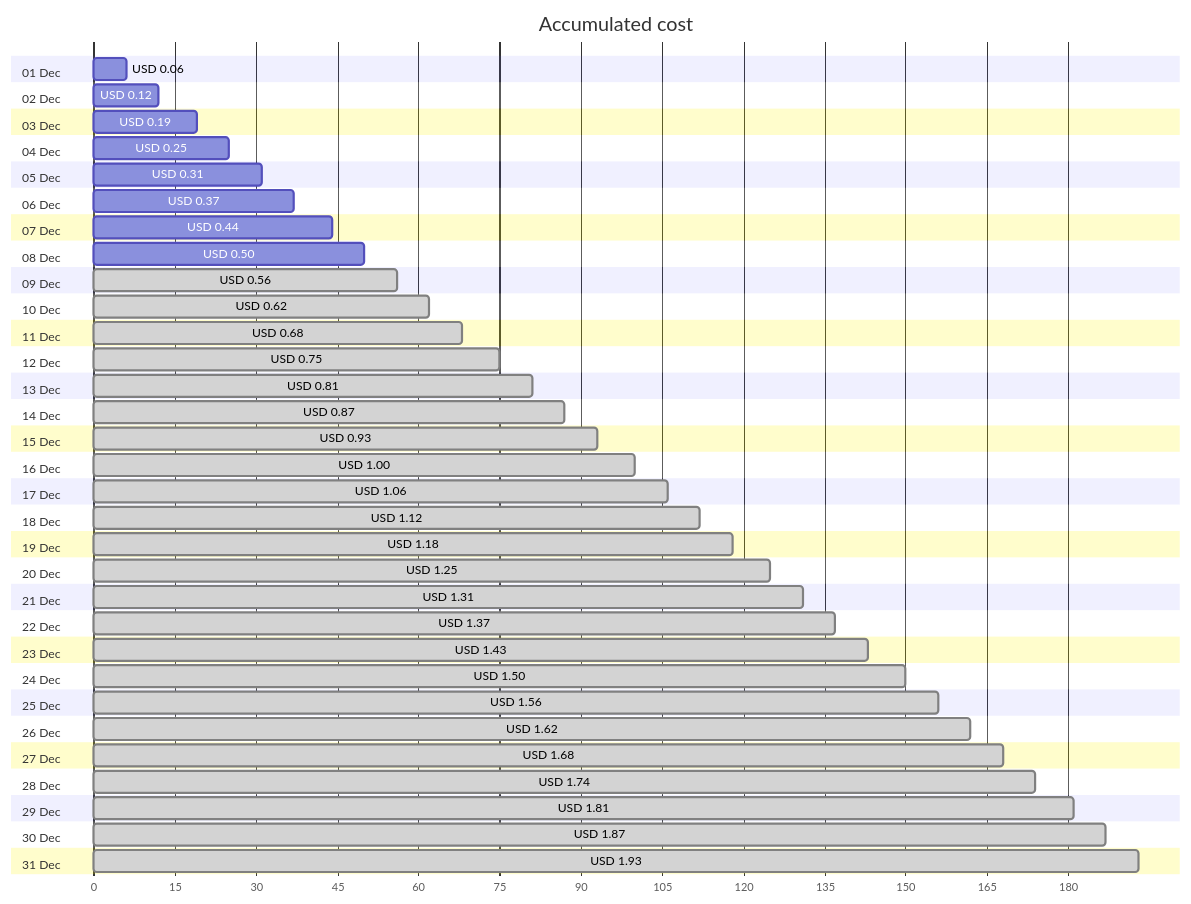
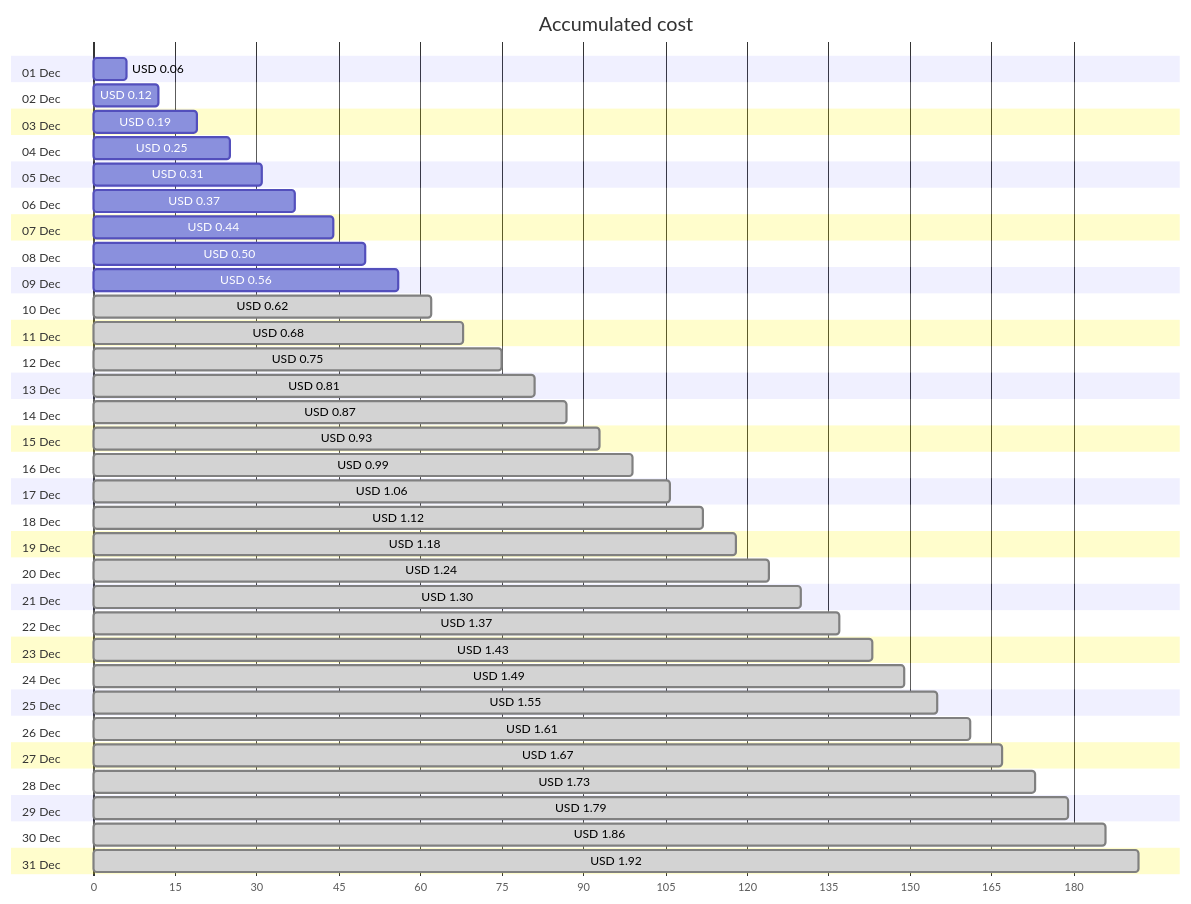
The first of 4 diagrams in cost-reports/personal-network/vpn-server_OsDisk.md (jpfulton/azure-personal-reports), drawn with Mermaid before and after one commit. The commit also changed other lines of this file and 8 other files, not shown here.

````diff
--- a/cost-reports/personal-network/vpn-server_OsDisk.md
+++ b/cost-reports/personal-network/vpn-server_OsDisk.md
@@ -20,68 +20,68 @@
 ```mermaid
 gantt
    title Accumulated cost
    dateFormat  X
    axisFormat %s
    section 01 Dec
    USD 0.06 :0, 6
    section 02 Dec
    USD 0.12 :0, 12
    section 03 Dec
    USD 0.19 :0, 19
    section 04 Dec
    USD 0.25 :0, 25
    section 05 Dec
    USD 0.31 :0, 31
    section 06 Dec
    USD 0.37 :0, 37
    section 07 Dec
    USD 0.44 :0, 44
    section 08 Dec
    USD 0.50 :0, 50
    section 09 Dec
-   USD 0.56 : done, 0, 56
+   USD 0.56 :0, 56
    section 10 Dec
    USD 0.62 : done, 0, 62
    section 11 Dec
    USD 0.68 : done, 0, 68
    section 12 Dec
    USD 0.75 : done, 0, 75
    section 13 Dec
    USD 0.81 : done, 0, 81
    section 14 Dec
    USD 0.87 : done, 0, 87
    section 15 Dec
    USD 0.93 : done, 0, 93
    section 16 Dec
-   USD 1.00 : done, 0, 100
+   USD 0.99 : done, 0, 99
    section 17 Dec
    USD 1.06 : done, 0, 106
    section 18 Dec
    USD 1.12 : done, 0, 112
    section 19 Dec
    USD 1.18 : done, 0, 118
    section 20 Dec
-   USD 1.25 : done, 0, 125
+   USD 1.24 : done, 0, 124
    section 21 Dec
-   USD 1.31 : done, 0, 131
+   USD 1.30 : done, 0, 130
    section 22 Dec
    USD 1.37 : done, 0, 137
    section 23 Dec
    USD 1.43 : done, 0, 143
    section 24 Dec
-   USD 1.50 : done, 0, 150
+   USD 1.49 : done, 0, 149
    section 25 Dec
-   USD 1.56 : done, 0, 156
+   USD 1.55 : done, 0, 155
    section 26 Dec
-   USD 1.62 : done, 0, 162
+   USD 1.61 : done, 0, 161
    section 27 Dec
-   USD 1.68 : done, 0, 168
+   USD 1.67 : done, 0, 167
    section 28 Dec
-   USD 1.74 : done, 0, 174
+   USD 1.73 : done, 0, 173
    section 29 Dec
-   USD 1.81 : done, 0, 181
+   USD 1.79 : done, 0, 179
    section 30 Dec
-   USD 1.87 : done, 0, 187
+   USD 1.86 : done, 0, 186
    section 31 Dec
-   USD 1.93 : done, 0, 193
+   USD 1.92 : done, 0, 192
 ```
````
